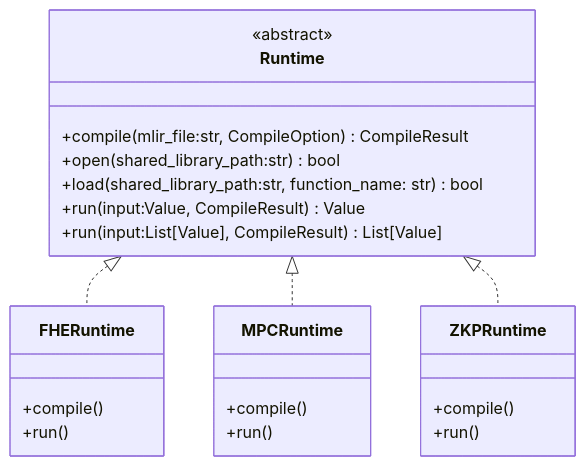
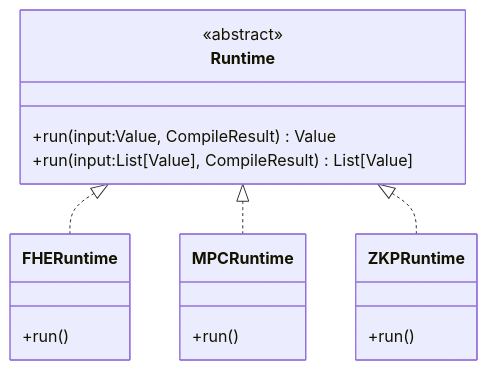
One commit to primus-labs/Aegis changed the eighth of 8 diagrams in docs/design/binding.md. Above: the diagram before and after it, drawn with Mermaid. The commit also changed other lines of this file, not shown here.

````diff
--- a/docs/design/binding.md
+++ b/docs/design/binding.md
@@ -252,27 +199,21 @@
 ```mermaid {align="center"}
 classDiagram
   class Runtime {
     <<abstract>>
-    +compile(mlir_file:str, CompileOption) CompileResult
-    +open(shared_library_path:str) bool
-    +load(shared_library_path:str, function_name: str) bool
     +run(input:Value, CompileResult) Value
     +run(input:List[Value], CompileResult) List[Value]
   }
 
   Runtime <|.. FHERuntime
   class FHERuntime {
-    +compile()
     +run()
   }
   Runtime <|.. MPCRuntime
   class MPCRuntime {
-    +compile()
     +run()
   }
   Runtime <|.. ZKPRuntime
   class ZKPRuntime {
-    +compile()
     +run()
   }
 ```
````
